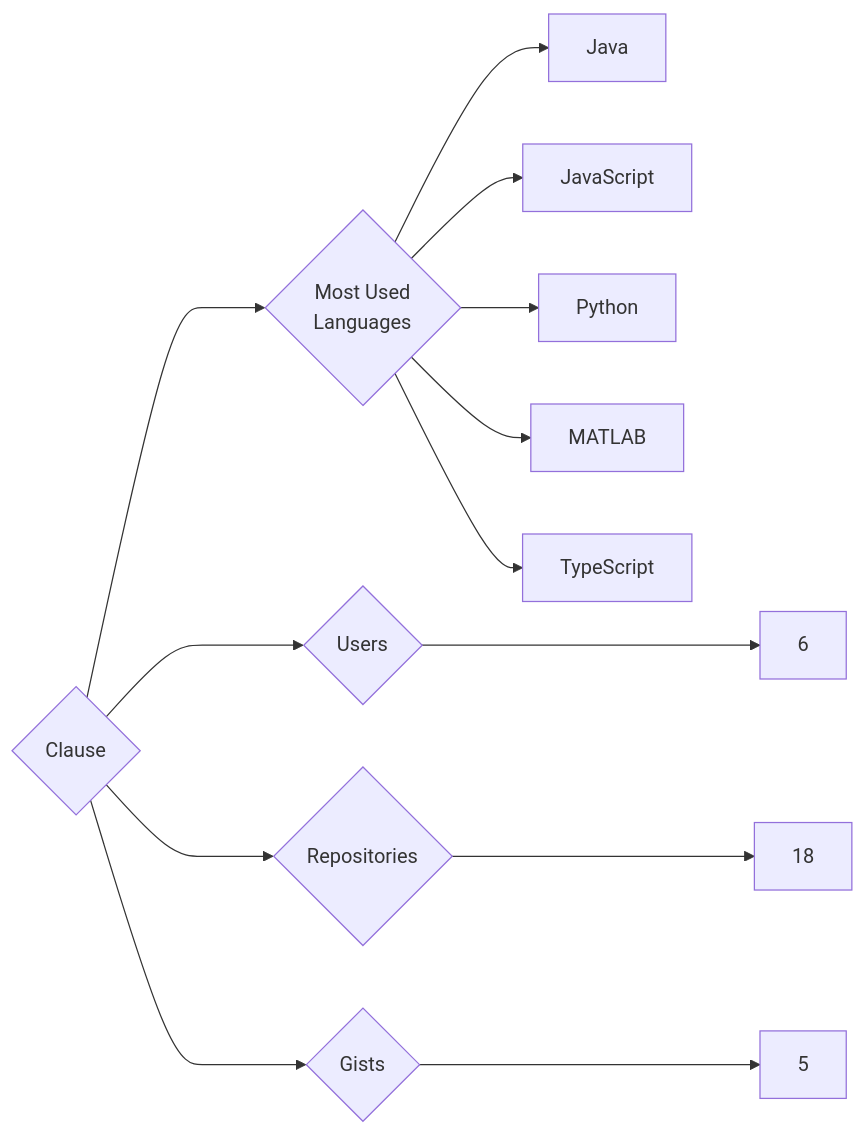
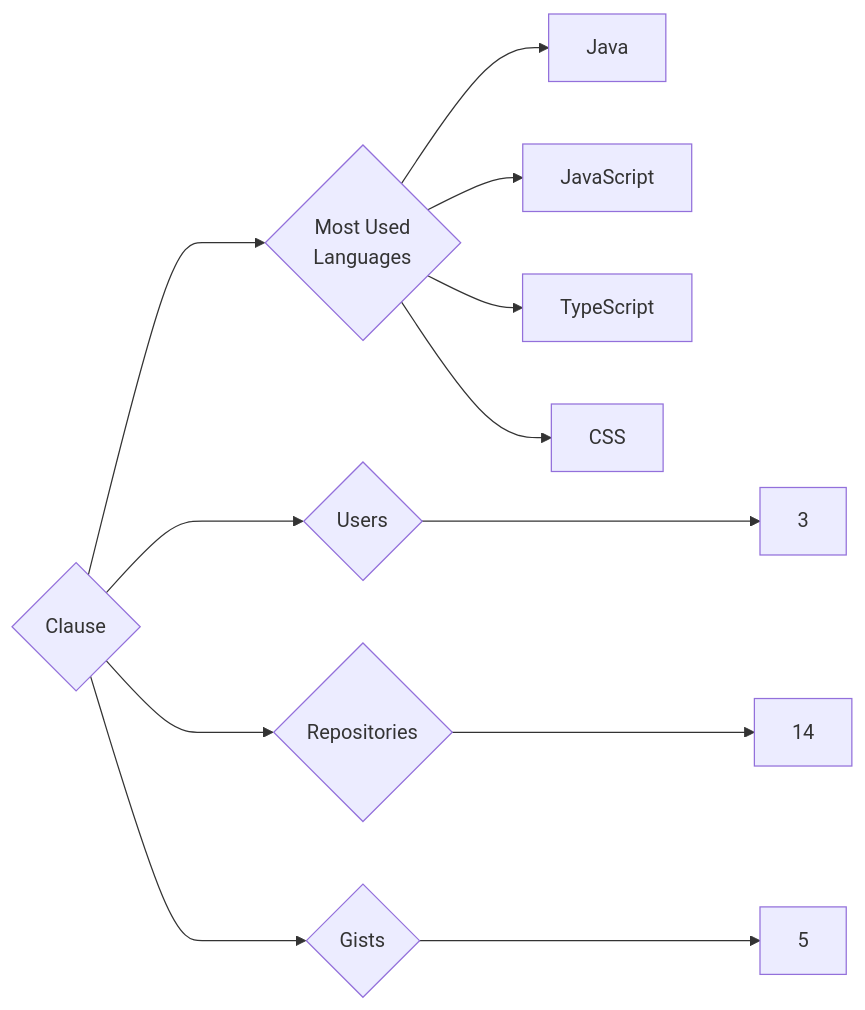
The diagram in targets/Clause/README.md (trickest/insiders), drawn with Mermaid before and after one commit. The commit also changed 1123 other files, not shown here.

````diff
--- a/targets/Clause/README.md
+++ b/targets/Clause/README.md
@@ -3,13 +3,12 @@
 ```mermaid
 graph LR
 COMPANY_NAME{Clause}
-COMPANY_NAME ---> U{Users} ---> UN[6]
-COMPANY_NAME ---> R{Repositories} ---> RN[18]
+COMPANY_NAME ---> U{Users} ---> UN[3]
+COMPANY_NAME ---> R{Repositories} ---> RN[14]
 COMPANY_NAME ---> G{Gists} ---> GN[5]
 COMPANY_NAME ---> ML{Most Used<br>Languages}
 ML --> Java[Java]
 ML --> JavaScript[JavaScript]
-ML --> Python[Python]
-ML --> MATLAB[MATLAB]
 ML --> TypeScript[TypeScript]
+ML --> CSS[CSS]
 ```
````
